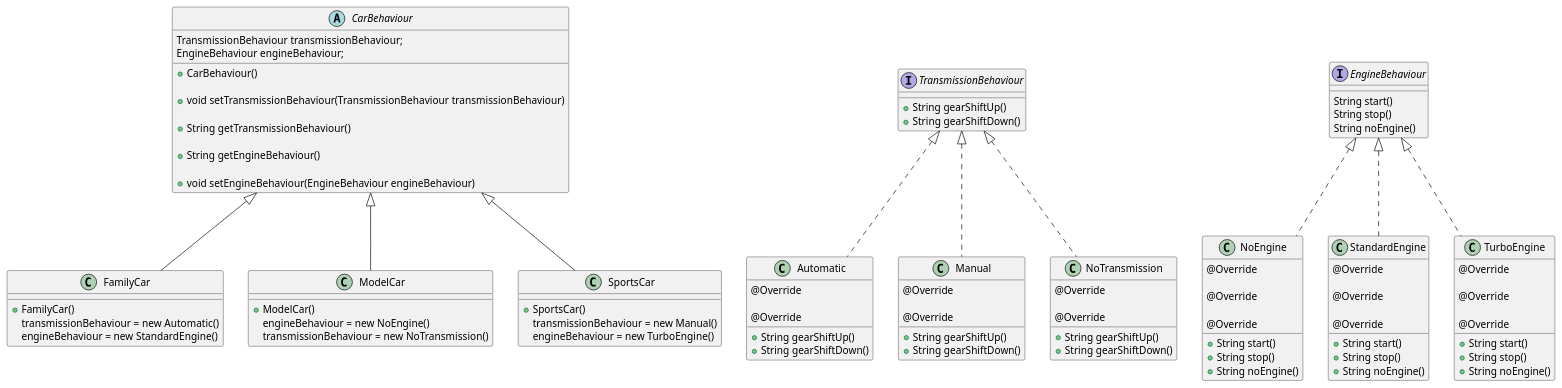
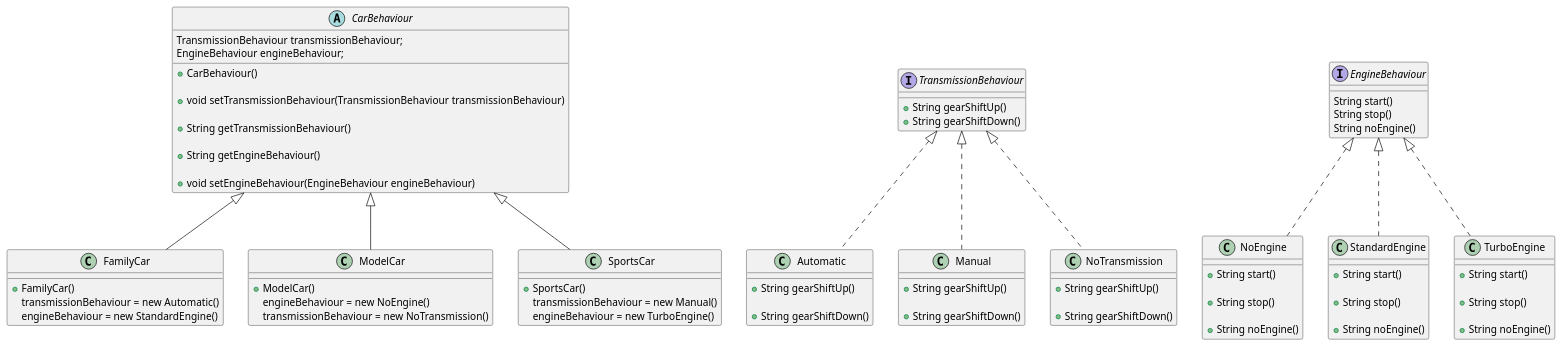
Before and after one commit to 43Carrig/Design_Patterns_Car: the diagram in plantUML/strategy.puml, drawn with PlantUML. The commit also changed 6 other files, not shown here.

Commit message:
Updated the plantUML editing where necessary.

```diff
--- a/plantUML/strategy.puml
+++ b/plantUML/strategy.puml
@@ -1,114 +1,100 @@
 @startuml
 
 abstract class CarBehaviour {
 
     TransmissionBehaviour transmissionBehaviour;
     EngineBehaviour engineBehaviour;
 
     + CarBehaviour()
 
     + void setTransmissionBehaviour(TransmissionBehaviour transmissionBehaviour)
 
     + String getTransmissionBehaviour()
 
     + String getEngineBehaviour()
 
     + void setEngineBehaviour(EngineBehaviour engineBehaviour)
 }
 
 class FamilyCar extends CarBehaviour {
 
     + FamilyCar()
         transmissionBehaviour = new Automatic()
         engineBehaviour = new StandardEngine()
 
 }
 
 class ModelCar extends CarBehaviour {
 
     + ModelCar()
         engineBehaviour = new NoEngine()
         transmissionBehaviour = new NoTransmission()
 }
 
 class SportsCar extends CarBehaviour {
 
     + SportsCar()
         transmissionBehaviour = new Manual()
         engineBehaviour = new TurboEngine()
 }
 
 class Automatic implements TransmissionBehaviour {
 
-    @Override
     + String gearShiftUp()
 
-    @Override
     + String gearShiftDown()
 }
 
 interface EngineBehaviour {
     String start()
     String stop()
     String noEngine()
 }
 
 class Manual implements TransmissionBehaviour {
-    @Override
+
     + String gearShiftUp()
 
-    @Override
     + String gearShiftDown()
 }
 
+class NoEngine implements EngineBehaviour {
 
-
-class NoEngine implements EngineBehaviour {
-    @Override
     + String start()
 
-    @Override
     + String stop()
 
-    @Override
     + String noEngine()
 }
 
 class NoTransmission implements TransmissionBehaviour{
-    @Override
+
     + String gearShiftUp()
 
-    @Override
     + String gearShiftDown()
 }
 
 class StandardEngine implements EngineBehaviour {
 
-    @Override
     + String start()
 
-    @Override
     + String stop()
 
-    @Override
     + String noEngine()
 }
 
 interface TransmissionBehaviour {
     + String gearShiftUp()
     + String gearShiftDown()
 }
 
 class TurboEngine implements EngineBehaviour {
 
-    @Override
     + String start()
 
-    @Override
     + String stop()
 
-    @Override
     + String noEngine()
 }
 
 @enduml
```
